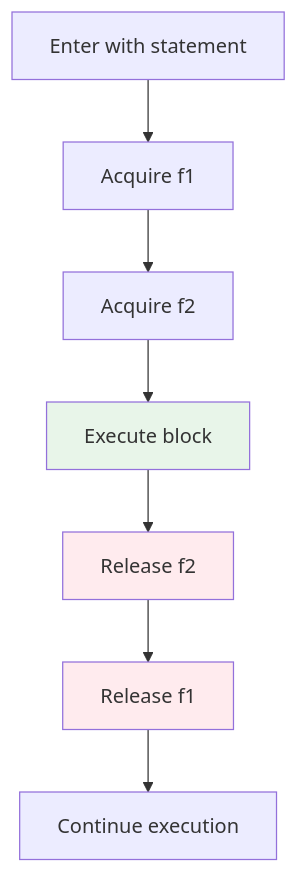
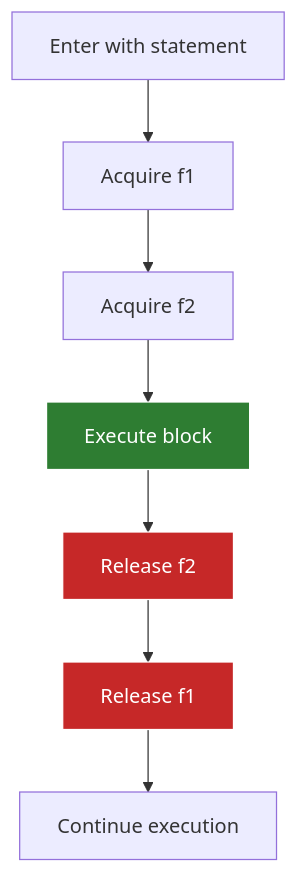
Before and after one commit to specialized806/jaseci: the first of 2 diagrams in jac/examples/reference/context_managers.md, drawn with Mermaid. The commit also changed 13 other files, not shown here.

Commit message:
imporve spec diagram styles

````diff
--- a/jac/examples/reference/context_managers.md
+++ b/jac/examples/reference/context_managers.md
@@ -32,13 +32,13 @@
 ```mermaid
 graph TD
     A[Enter with statement] --> B[Acquire f1]
     B --> C[Acquire f2]
     C --> D[Execute block]
     D --> E[Release f2]
     E --> F[Release f1]
     F --> G[Continue execution]
 
-    style D fill:#e8f5e9
-    style E fill:#ffebee
-    style F fill:#ffebee
+    style D fill:#2e7d32,stroke:#fff,color:#fff
+    style E fill:#c62828,stroke:#fff,color:#fff
+    style F fill:#c62828,stroke:#fff,color:#fff
 ```
````
